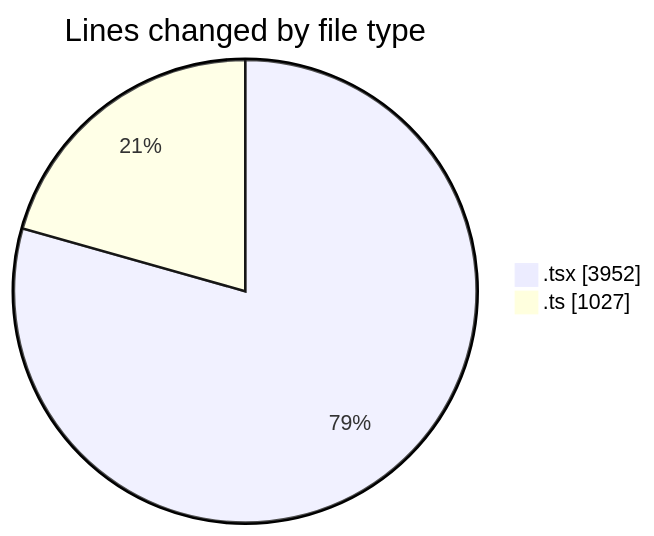
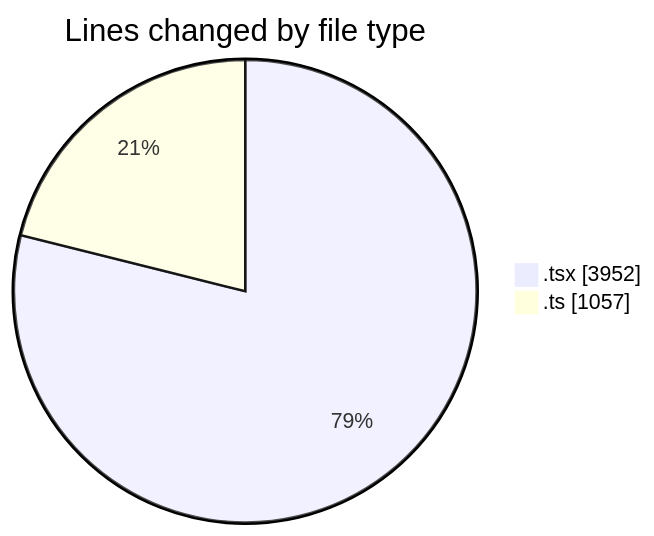
Before and after one commit to momahboobian/code-tracking: the first of 2 diagrams in 2025-07-02/cda/README.md, drawn with Mermaid. The commit also changed other lines of this file and 1 other file, not shown here.

````diff
--- a/2025-07-02/cda/README.md
+++ b/2025-07-02/cda/README.md
@@ -32,6 +32,6 @@
 ```mermaid
 pie showData
 title Lines changed by file type
 ".tsx" : 3952
-".ts" : 1027
+".ts" : 1057
 ```
````
